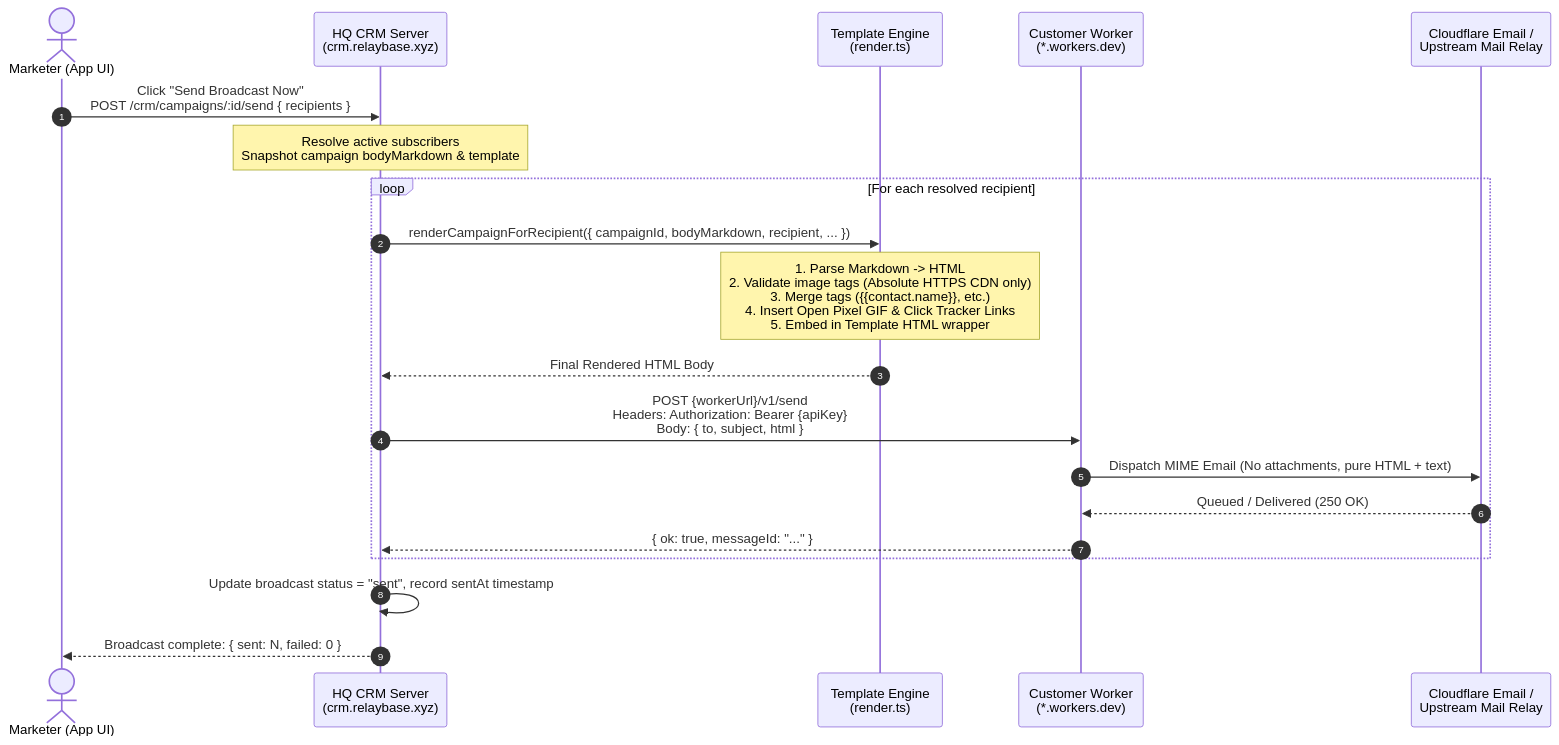
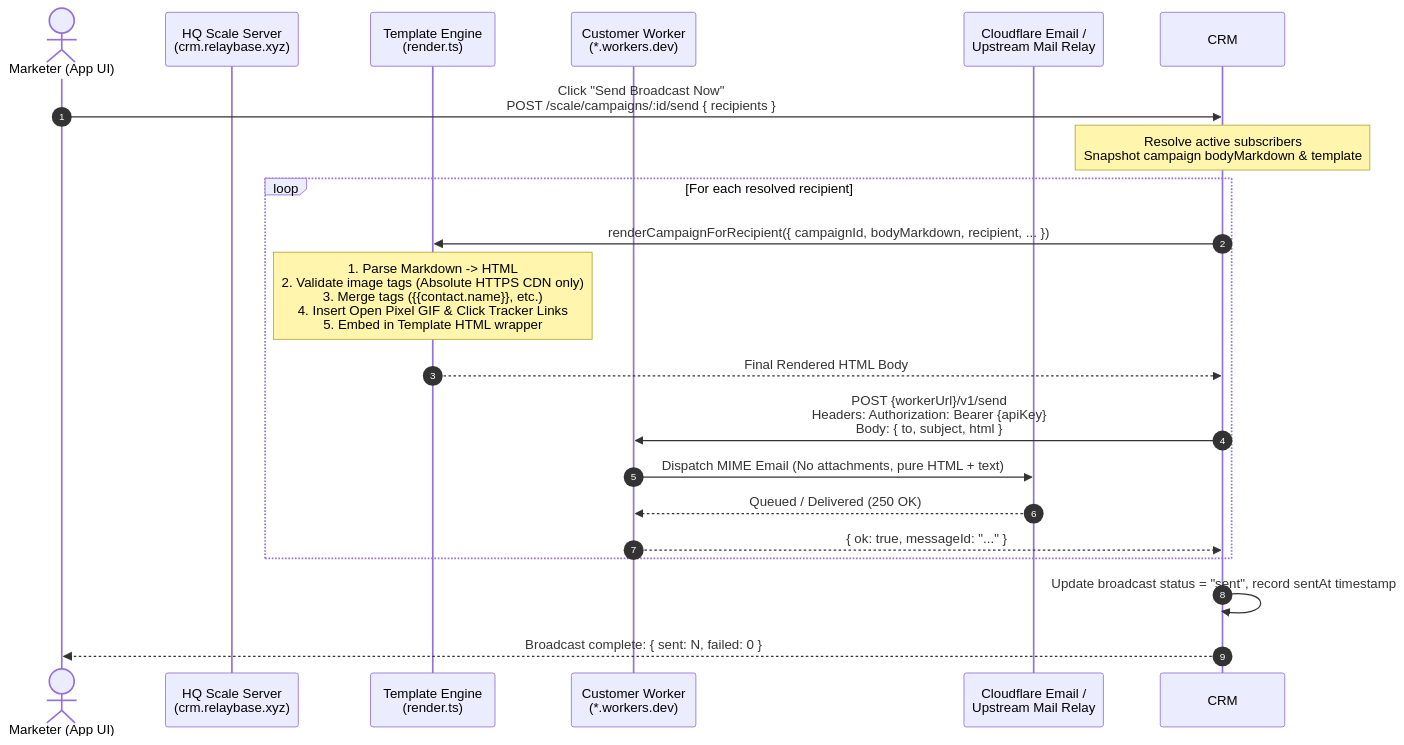
The third of 4 diagrams in docs/features/crm-email-image-asset-cdn-spec.md (gssisaac/relaybase), drawn with Mermaid before and after one commit. The commit also changed other lines of this file and 312 other files, not shown here.

First line of the commit message:
Rename CRM to Scale across routes, API, and sidebar.

````diff
--- a/docs/features/crm-email-image-asset-cdn-spec.md
+++ b/docs/features/crm-email-image-asset-cdn-spec.md
@@ -239,23 +239,23 @@
 ```mermaid
 sequenceDiagram
     autonumber
     actor User as Marketer (App UI)
-    participant CRM as HQ CRM Server<br/>(crm.relaybase.xyz)
+    participant Scale as HQ Scale Server<br/>(crm.relaybase.xyz)
     participant Render as Template Engine<br/>(render.ts)
     participant Worker as Customer Worker<br/>(*.workers.dev)
     participant SMTP as Cloudflare Email /<br/>Upstream Mail Relay
 
-    User->>CRM: Click "Send Broadcast Now"<br/>POST /crm/campaigns/:id/send { recipients }
+    User->>CRM: Click "Send Broadcast Now"<br/>POST /scale/campaigns/:id/send { recipients }
     Note over CRM: Resolve active subscribers<br/>Snapshot campaign bodyMarkdown & template
     loop For each resolved recipient
         CRM->>Render: renderCampaignForRecipient({ campaignId, bodyMarkdown, recipient, ... })
         Note over Render: 1. Parse Markdown -> HTML<br/>2. Validate image tags (Absolute HTTPS CDN only)<br/>3. Merge tags ({{contact.name}}, etc.)<br/>4. Insert Open Pixel GIF & Click Tracker Links<br/>5. Embed in Template HTML wrapper
         Render-->>CRM: Final Rendered HTML Body
         CRM->>Worker: POST {workerUrl}/v1/send<br/>Headers: Authorization: Bearer {apiKey}<br/>Body: { to, subject, html }
         Worker->>SMTP: Dispatch MIME Email (No attachments, pure HTML + text)
         SMTP-->>Worker: Queued / Delivered (250 OK)
         Worker-->>CRM: { ok: true, messageId: "..." }
     end
     CRM->>CRM: Update broadcast status = "sent", record sentAt timestamp
     CRM-->>User: Broadcast complete: { sent: N, failed: 0 }
 ```
````
